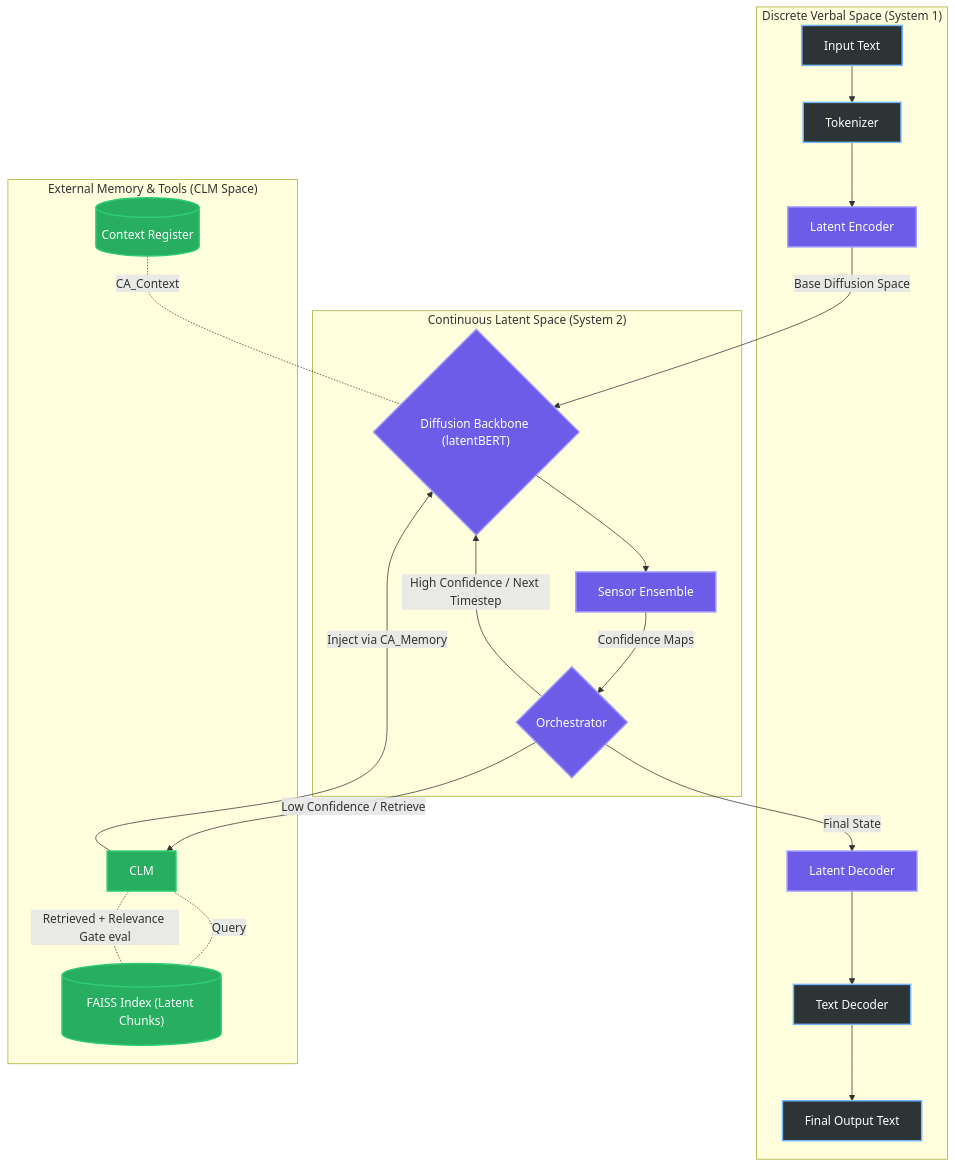
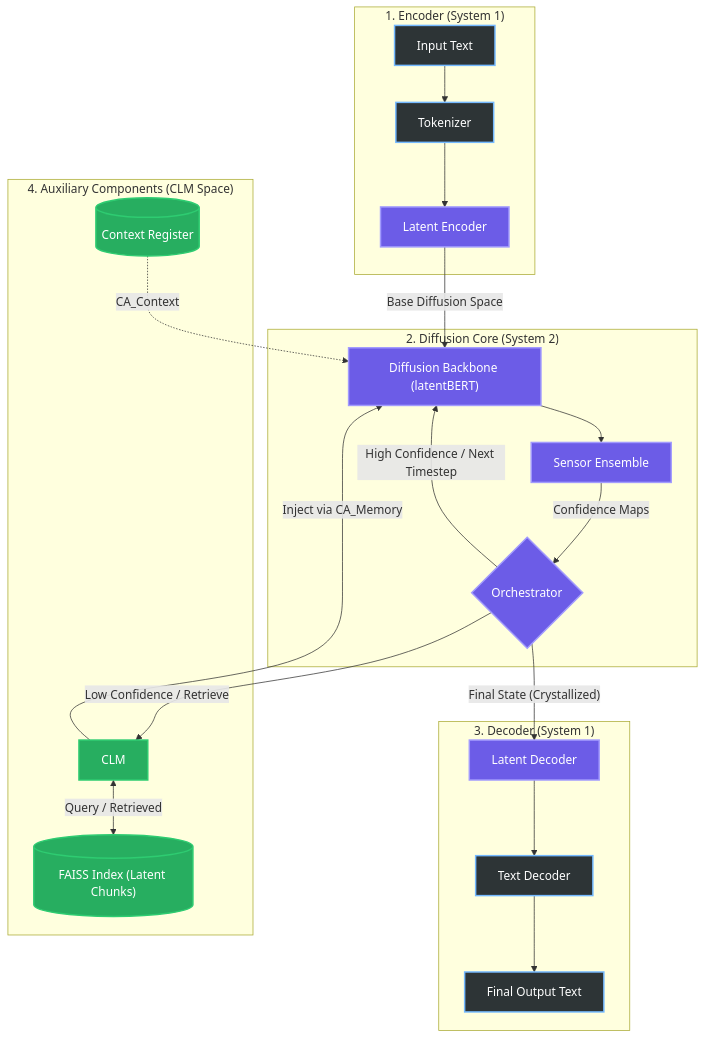
Before and after one commit to Laeryid/BEBLaDII: the diagram in README.md, drawn with Mermaid. The commit also changed other lines of this file, not shown here.

````diff
--- a/README.md
+++ b/README.md
@@ -29,35 +29,40 @@
 ```mermaid
-graph TD
+flowchart TD
     classDef verbal fill:#2d3436,stroke:#74b9ff,stroke-width:2px,color:#fff
     classDef latent fill:#6c5ce7,stroke:#a29bfe,stroke-width:2px,color:#fff
     classDef clm fill:#27ae60,stroke:#2ecc71,stroke-width:2px,color:#fff
 
-    subgraph "Discrete Verbal Space (System 1)"
+    subgraph S1_IN ["1. Encoder (System 1)"]
         A["Input Text"] --> B["Tokenizer"]
         B --> C["Latent Encoder"]
+    end
+
+    subgraph S2 ["2. Diffusion Core (System 2)"]
+        E["Diffusion Backbone (latentBERT)"]
+        F["Sensor Ensemble"]
+        G{"Orchestrator"}
+
+        E --> F
+        F -->|"Confidence Maps"| G
+        G -->|"High Confidence / Next Timestep"| E
+    end
+
+    subgraph S1_OUT ["3. Decoder (System 1)"]
         P["Latent Decoder"] --> J["Text Decoder"]
         J --> M["Final Output Text"]
     end
 
-    subgraph "Continuous Latent Space (System 2)"
-        C -->|"Base Diffusion Space"| E{"Diffusion Backbone (latentBERT)"}
-        
-        E --> F["Sensor Ensemble"]
-        
-        F -->|"Confidence Maps"| G{"Orchestrator"}
-        G -->|"High Confidence / Next Timestep"| E
-        G -->|"Final State"| P
+    subgraph MEM ["4. Auxiliary Components (CLM Space)"]
+        TC[("Context Register")] -.->|"CA_Context"| E
+        G -->|"Low Confidence / Retrieve"| H["CLM"]
+        H <-->|"Query / Retrieved"| I[("FAISS Index (Latent Chunks)")]
+        H -->|"Inject via CA_Memory"| E
     end
 
-    subgraph "External Memory & Tools (CLM Space)"
-        TC[("Context Register")] -.-|"CA_Context"| E
-        G -->|"Low Confidence / Retrieve"| H["CLM"]
-        H -.-|"Query"| I[("FAISS Index (Latent Chunks)")]
-        I -.-|"Retrieved + Relevance Gate eval"| H
-        H -->|"Inject via CA_Memory"| E
-    end
+    C -->|"Base Diffusion Space"| E
+    G -->|"Final State (Crystallized)"| P
 
     class A,B,J,M verbal
     class C,E,F,G,P latent
     class H,I,TC clm
 ```
````
